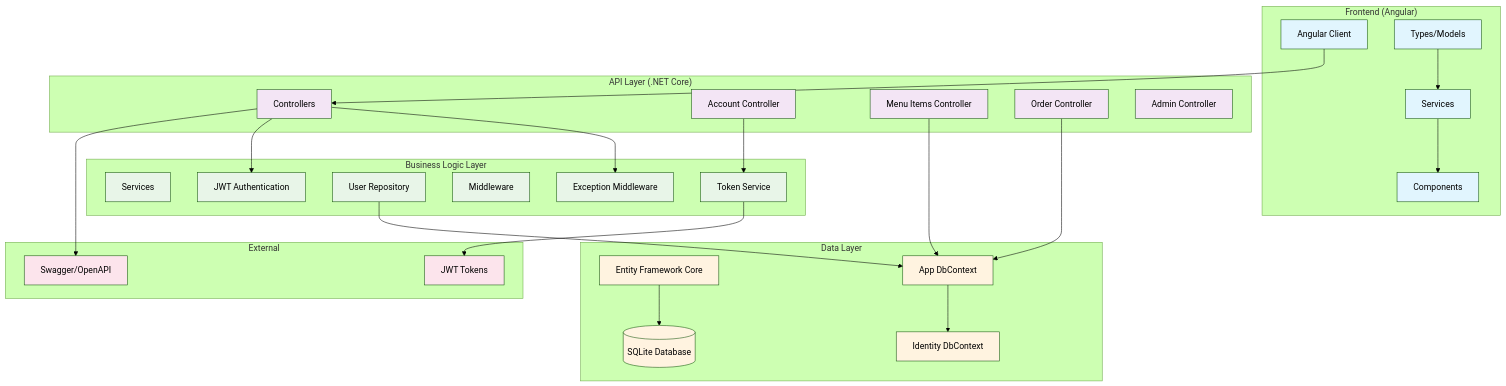
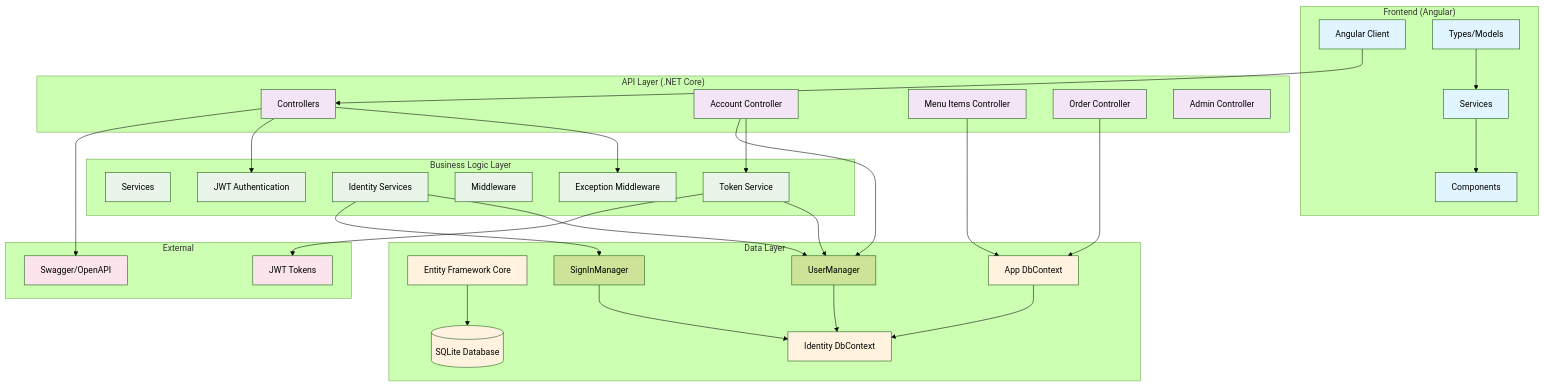
One commit to ajlile98/dotnet-coffee-shop changed the seventh of 7 diagrams in coffee-shop-uml.md. Above: the diagram before and after it, drawn with Mermaid (forest theme). The commit also changed other lines of this file, not shown here.

Commit message:
updateds user repository to identity framework and remove seed class

````diff
--- a/coffee-shop-uml.md
+++ b/coffee-shop-uml.md
@@ -402,75 +394,82 @@
 ```mermaid
 graph TB
     %% Frontend Layer
     subgraph "Frontend (Angular)"
         A[Angular Client]
         A1[Components]
         A2[Services]
         A3[Types/Models]
     end
     
     %% API Layer
     subgraph "API Layer (.NET Core)"
         B[Controllers]
         B1[Account Controller]
         B2[Menu Items Controller] 
         B3[Order Controller]
         B4[Admin Controller]
     end
     
     %% Service Layer
     subgraph "Business Logic Layer"
         C[Services]
         C1[Token Service]
-        C2[User Repository]
+        C2[Identity Services]
         D[Middleware]
         D1[Exception Middleware]
         D2[JWT Authentication]
     end
     
     %% Data Layer
     subgraph "Data Layer"
         E[Entity Framework Core]
         E1[App DbContext]
         E2[Identity DbContext]
+        E3[UserManager]
+        E4[SignInManager]
         F[(SQLite Database)]
     end
     
     %% External Services
     subgraph "External"
         G[JWT Tokens]
         H[Swagger/OpenAPI]
     end
     
     %% Connections
     A --> B
     A2 --> A1
     A3 --> A2
     
     B1 --> C1
+    B1 --> E3
     B2 --> E1
     B3 --> E1
     B --> D1
     B --> D2
     
-    C2 --> E1
+    C1 --> E3
     C1 --> G
+    C2 --> E3
+    C2 --> E4
     
     E1 --> E2
+    E3 --> E2
+    E4 --> E2
     E --> F
     
     B --> H
     
     %% Styling
     classDef frontend fill:#e1f5fe
     classDef api fill:#f3e5f5
     classDef business fill:#e8f5e8
     classDef data fill:#fff3e0
     classDef external fill:#fce4ec
     
     class A,A1,A2,A3 frontend
     class B,B1,B2,B3,B4 api
     class C,C1,C2,D,D1,D2 business
     class E,E1,E2,F data
     class G,H external
 ```
````
